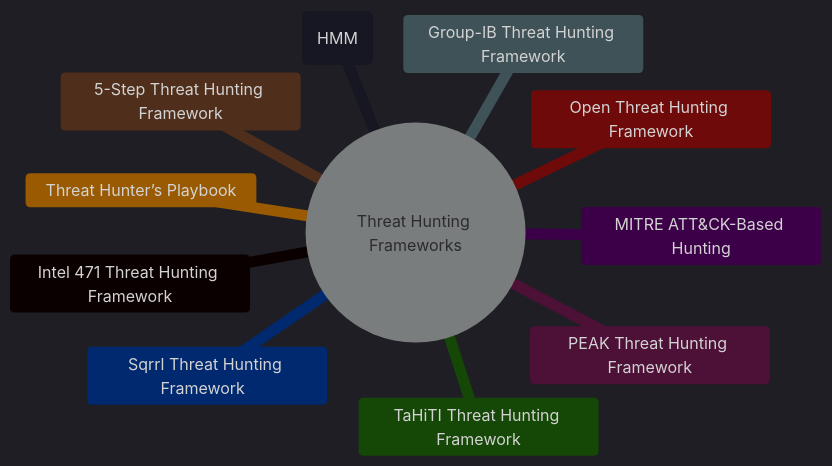
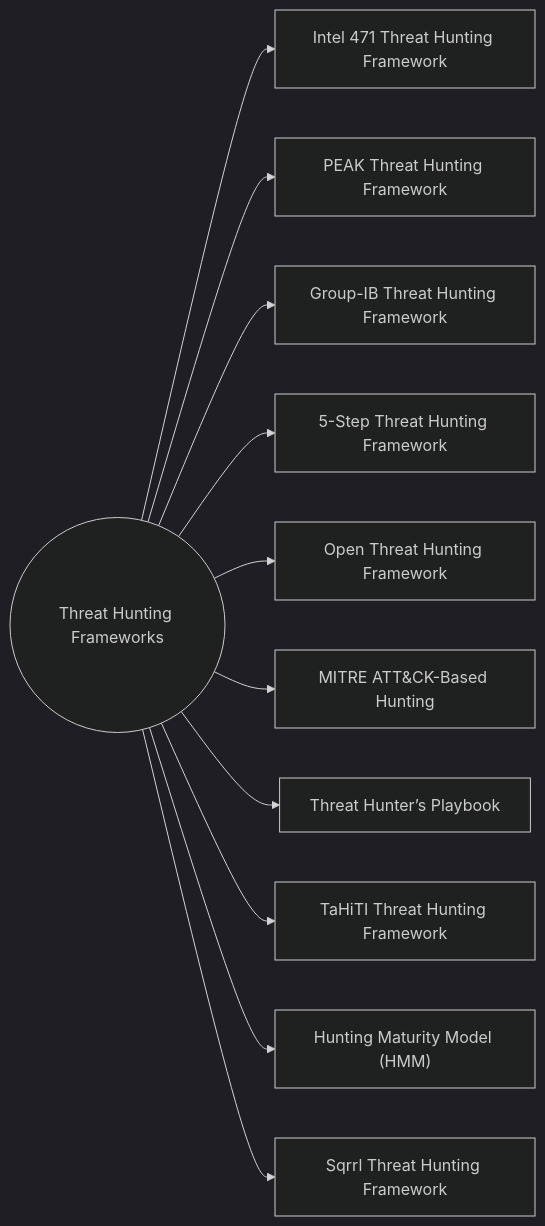
The diagram in content/part-1/frameworks/threathunting/_index.md (rjohnsen/threathunting-book), drawn with Mermaid (dark theme) before and after one commit. The commit also changed other lines of this file and 2 other files, not shown here.

Commit message:
Converting Mermaid mindmaps to other diagrams to improve readability

````diff
--- a/content/part-1/frameworks/threathunting/_index.md
+++ b/content/part-1/frameworks/threathunting/_index.md
@@ -21,14 +21,15 @@
 ```mermaid
-mindmap
-  root((Threat Hunting Frameworks))
-    Intel 471 Threat Hunting Framework
-    PEAK Threat Hunting Framework
-    Group-IB Threat Hunting Framework
-    5-Step Threat Hunting Framework
-    Open Threat Hunting Framework
-    MITRE ATT&CK-Based Hunting
-    Threat Hunter’s Playbook
-    TaHiTI Threat Hunting Framework
-    Hunting Maturity Model (HMM)
-    Sqrrl Threat Hunting Framework  
+flowchart LR
+  A((Threat Hunting Frameworks))
+
+  A --> B["Intel 471 Threat Hunting Framework"]
+  A --> C["PEAK Threat Hunting Framework"]
+  A --> D["Group-IB Threat Hunting Framework"]
+  A --> E["5-Step Threat Hunting Framework"]
+  A --> F["Open Threat Hunting Framework"]
+  A --> G["MITRE ATT&CK-Based Hunting"]
+  A --> H["Threat Hunter’s Playbook"]
+  A --> I["TaHiTI Threat Hunting Framework"]
+  A --> J["Hunting Maturity Model (HMM)"]
+  A --> K["Sqrrl Threat Hunting Framework"]
 ```
````
